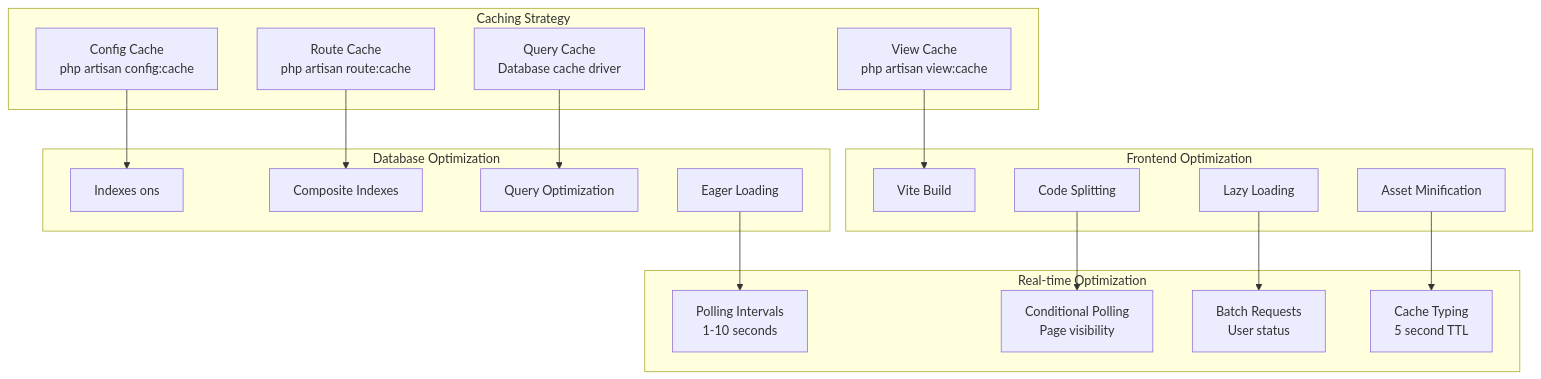
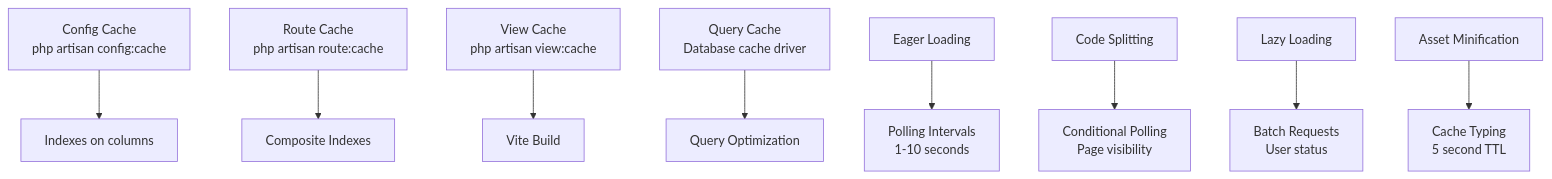
One commit to vd120/laravel_project changed diagram 26 of 28 in UML.md. Above: the diagram before and after it, drawn with Mermaid. The commit also changed other lines of this file, not shown here.

````diff
--- a/UML.md
+++ b/UML.md
@@ -1479,39 +1292,28 @@
 ```mermaid
 flowchart TB
-    subgraph "Caching Strategy"
-        C1[Config Cache<br/>php artisan config:cache]
-        C2[Route Cache<br/>php artisan route:cache]
-        C3[View Cache<br/>php artisan view:cache]
-        C4[Query Cache<br/>Database cache driver]
-    end
-
-    subgraph "Database Optimization"
-        D1[Indexes ons]
-        D2[Composite Indexes]
-        D3[Query Optimization]
-        D4[Eager Loading]
-    end
-
-    subgraph "Frontend Optimization"
-        F1[Vite Build]
-        F2[Code Splitting]
-        F3[Lazy Loading]
-        F4[Asset Minification]
-    end
-
-    subgraph "Real-time Optimization"
-        R1[Polling Intervals<br/>1-10 seconds]
-        R2[Conditional Polling<br/>Page visibility]
-        R3[Batch Requests<br/>User status]
-        R4[Cache Typing<br/>5 second TTL]
-    end
+    C1[Config Cache<br/>php artisan config:cache]
+    C2[Route Cache<br/>php artisan route:cache]
+    C3[View Cache<br/>php artisan view:cache]
+    C4[Query Cache<br/>Database cache driver]
+    D1[Indexes on columns]
+    D2[Composite Indexes]
+    D3[Query Optimization]
+    D4[Eager Loading]
+    F1[Vite Build]
+    F2[Code Splitting]
+    F3[Lazy Loading]
+    F4[Asset Minification]
+    R1[Polling Intervals<br/>1-10 seconds]
+    R2[Conditional Polling<br/>Page visibility]
+    R3[Batch Requests<br/>User status]
+    R4[Cache Typing<br/>5 second TTL]
 
     C1 --> D1
     C2 --> D2
     C3 --> F1
     C4 --> D3
     D4 --> R1
     F2 --> R2
     F3 --> R3
     F4 --> R4
 ```
````
